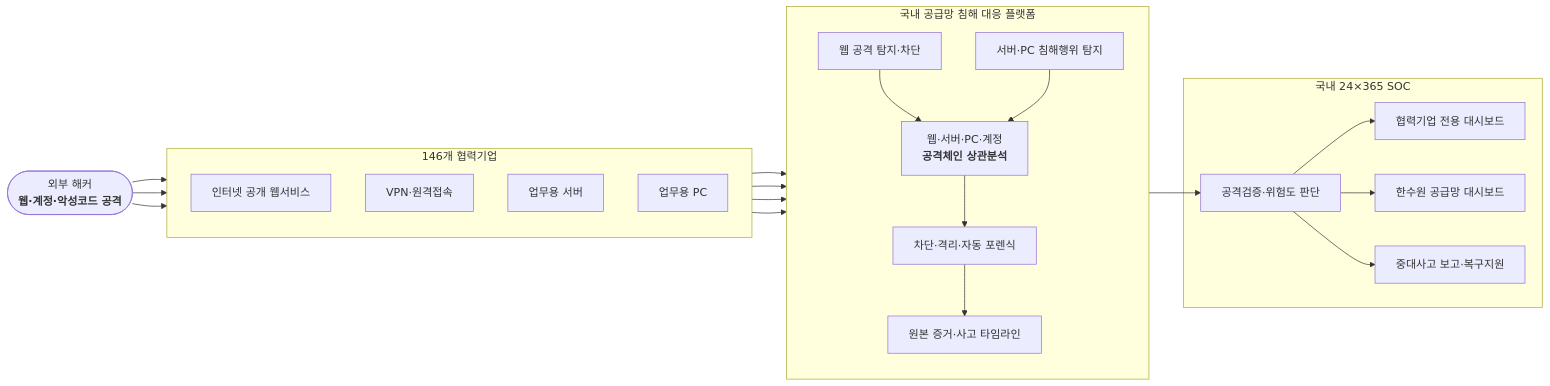
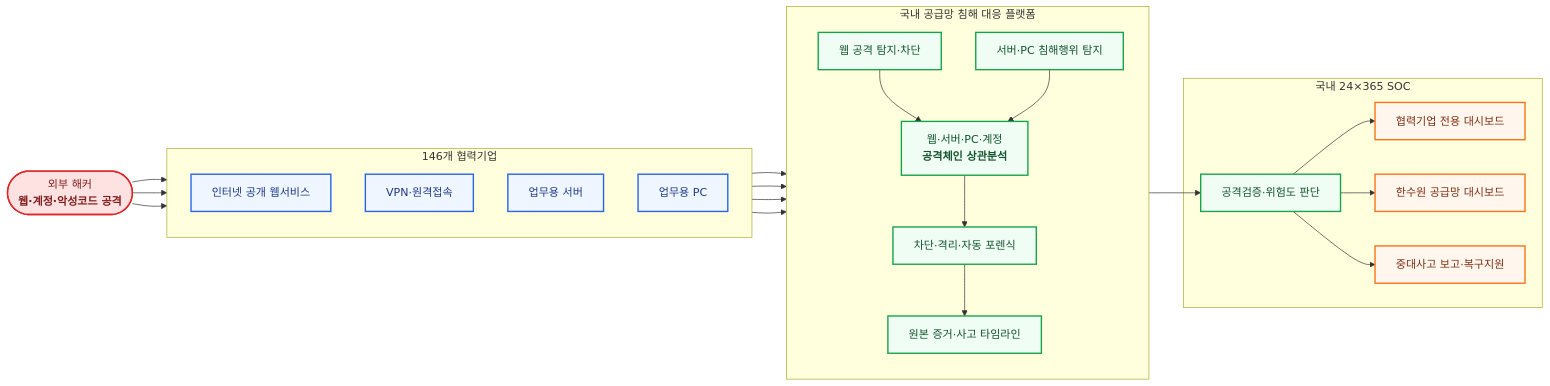
One commit to qubitsec/plura changed the fourth of 8 diagrams in ko/proposal/kwater/kwater-full.md. Above: the diagram before and after it, drawn with Mermaid. The commit also changed other lines of this file, not shown here.

````diff
--- a/ko/proposal/kwater/kwater-full.md
+++ b/ko/proposal/kwater/kwater-full.md
@@ -422,45 +436,55 @@
 ```mermaid
 flowchart LR
     ATTACKER(["외부 해커<br/><b>웹·계정·악성코드 공격</b>"])
 
     subgraph SUPPLIERS["146개 협력기업"]
         direction TB
         WEB["인터넷 공개 웹서비스"]
         VPN["VPN·원격접속"]
         SERVER["업무용 서버"]
         PC["업무용 PC"]
     end
 
     subgraph PLATFORM["국내 공급망 침해 대응 플랫폼"]
         direction TB
         WAF["웹 공격 탐지·차단"]
         EDR["서버·PC 침해행위 탐지"]
         XDR["웹·서버·PC·계정<br/><b>공격체인 상관분석</b>"]
         RESP["차단·격리·자동 포렌식"]
         EVIDENCE["원본 증거·사고 타임라인"]
     end
 
     subgraph SOC["국내 24×365 SOC"]
         ANALYST["공격검증·위험도 판단"]
         SUPPLIER_DASH["협력기업 전용 대시보드"]
         KHNP_DASH["한수원 공급망 대시보드"]
         REPORT["중대사고 보고·복구지원"]
     end
 
     ATTACKER --> WEB
     ATTACKER --> VPN
     ATTACKER --> PC
 
     WEB --> WAF
     VPN --> XDR
     SERVER --> EDR
     PC --> EDR
 
     WAF --> XDR
     EDR --> XDR
     XDR --> RESP --> EVIDENCE
     XDR --> ANALYST
     ANALYST --> SUPPLIER_DASH
     ANALYST --> KHNP_DASH
     ANALYST --> REPORT
+
+    classDef attacker fill:#fee2e2,stroke:#dc2626,stroke-width:2px,color:#7f1d1d;
+    classDef asset fill:#eff6ff,stroke:#2563eb,stroke-width:2px,color:#1e3a8a;
+    classDef security fill:#f0fdf4,stroke:#16a34a,stroke-width:2px,color:#14532d;
+    classDef outcome fill:#fff7ed,stroke:#f97316,stroke-width:2px,color:#7c2d12;
+
+    class ATTACKER attacker;
+    class WEB,VPN,SERVER,PC asset;
+    class WAF,EDR,XDR,RESP,EVIDENCE,ANALYST security;
+    class SUPPLIER_DASH,KHNP_DASH,REPORT outcome;
 ```
````
